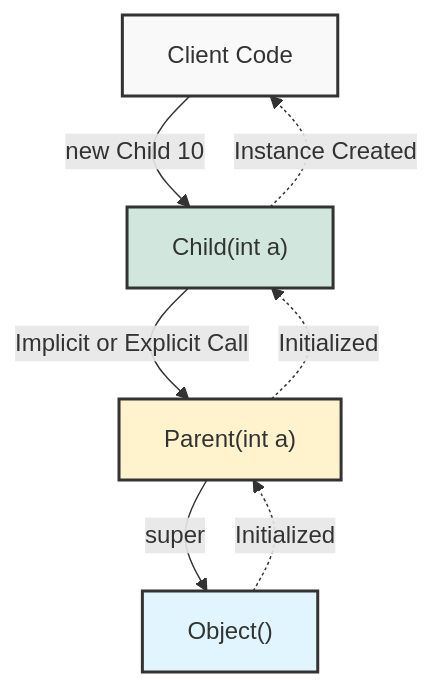
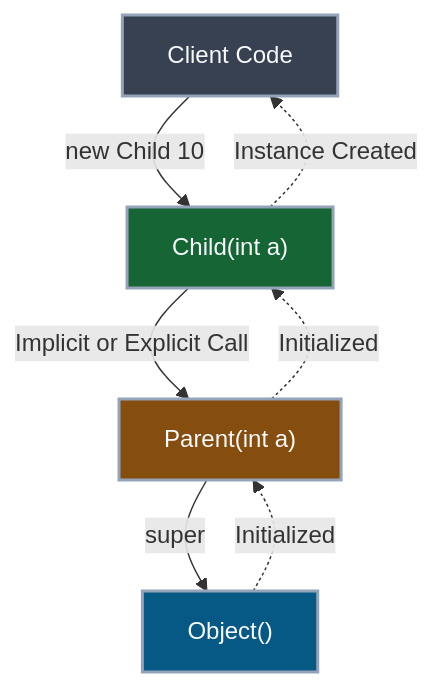
One commit to Kang-Hyesung/kang-hyesung.github.io changed the diagram in _posts/java/05-Inheritance/2026-01-03-부모-클래스-생성자-super().md. Above: the diagram before and after it, drawn with Mermaid. The commit also changed 74 other files, not shown here.

Commit message:
docs: update post visibility and mermaid colors

````diff
--- a/_posts/java/05-Inheritance/2026-01-03-부모-클래스-생성자-super().md
+++ b/_posts/java/05-Inheritance/2026-01-03-부모-클래스-생성자-super().md
@@ -18,16 +18,16 @@
 ```mermaid
 graph TD
     A["Client Code"] -->|new Child 10| B["Child(int a)"]
     B -->|Implicit or Explicit Call| C["Parent(int a)"]
     C -->|super| D["Object()"]
     D -.->|Initialized| C
     C -.->|Initialized| B
     B -.->|Instance Created| A
 
     %% 스타일 정의
-    style A fill:#f9f9f9,stroke:#333,stroke-width:2px
-    style B fill:#d1e7dd,stroke:#333,stroke-width:2px
-    style C fill:#fff3cd,stroke:#333,stroke-width:2px
-    style D fill:#e1f5fe,stroke:#333,stroke-width:2px
+    style A fill:#374151,stroke:#94a3b8,stroke-width:2px,color:#f8fafc
+    style B fill:#166534,stroke:#94a3b8,stroke-width:2px,color:#f8fafc
+    style C fill:#854d0e,stroke:#94a3b8,stroke-width:2px,color:#f8fafc
+    style D fill:#075985,stroke:#94a3b8,stroke-width:2px,color:#f8fafc
 
 ```
````
